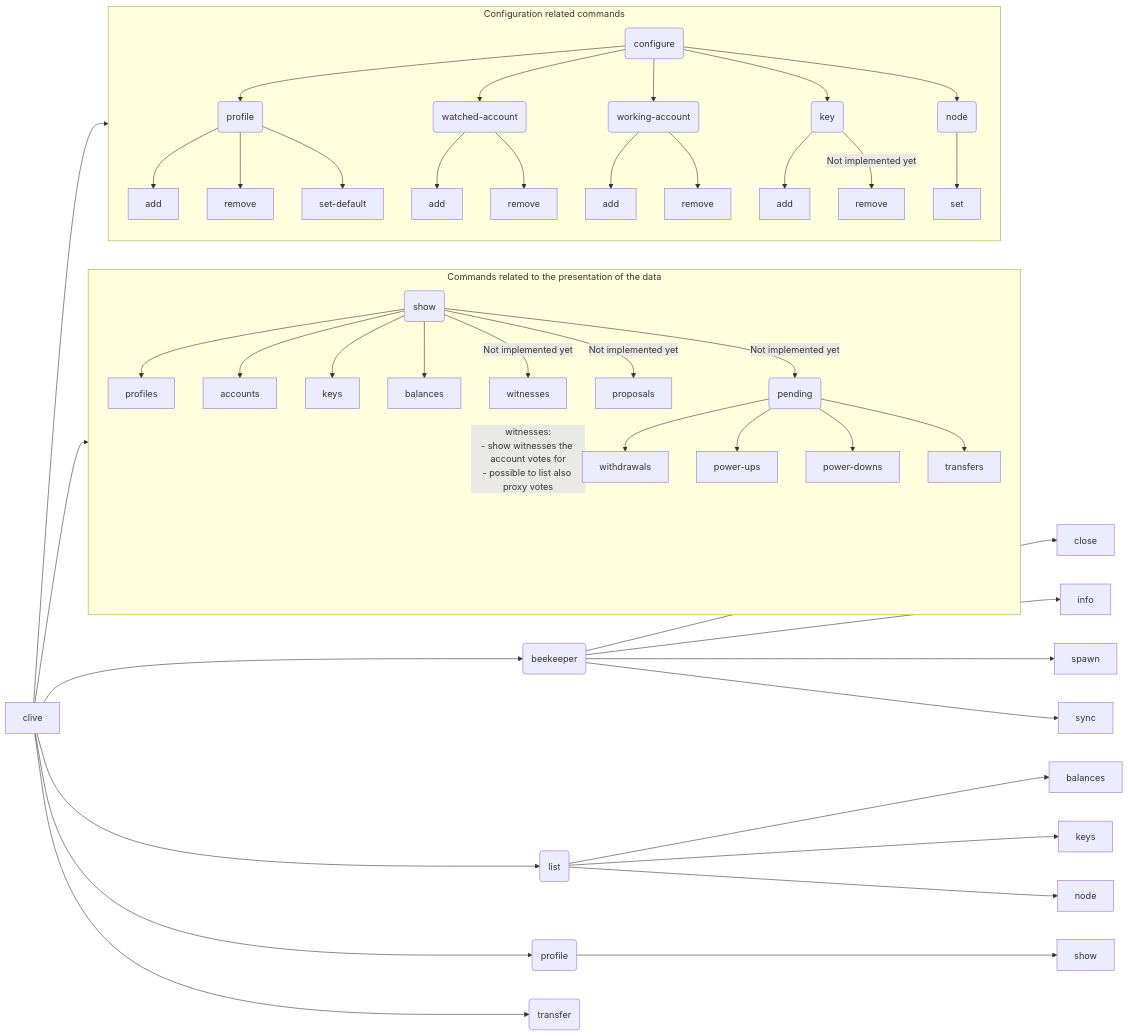
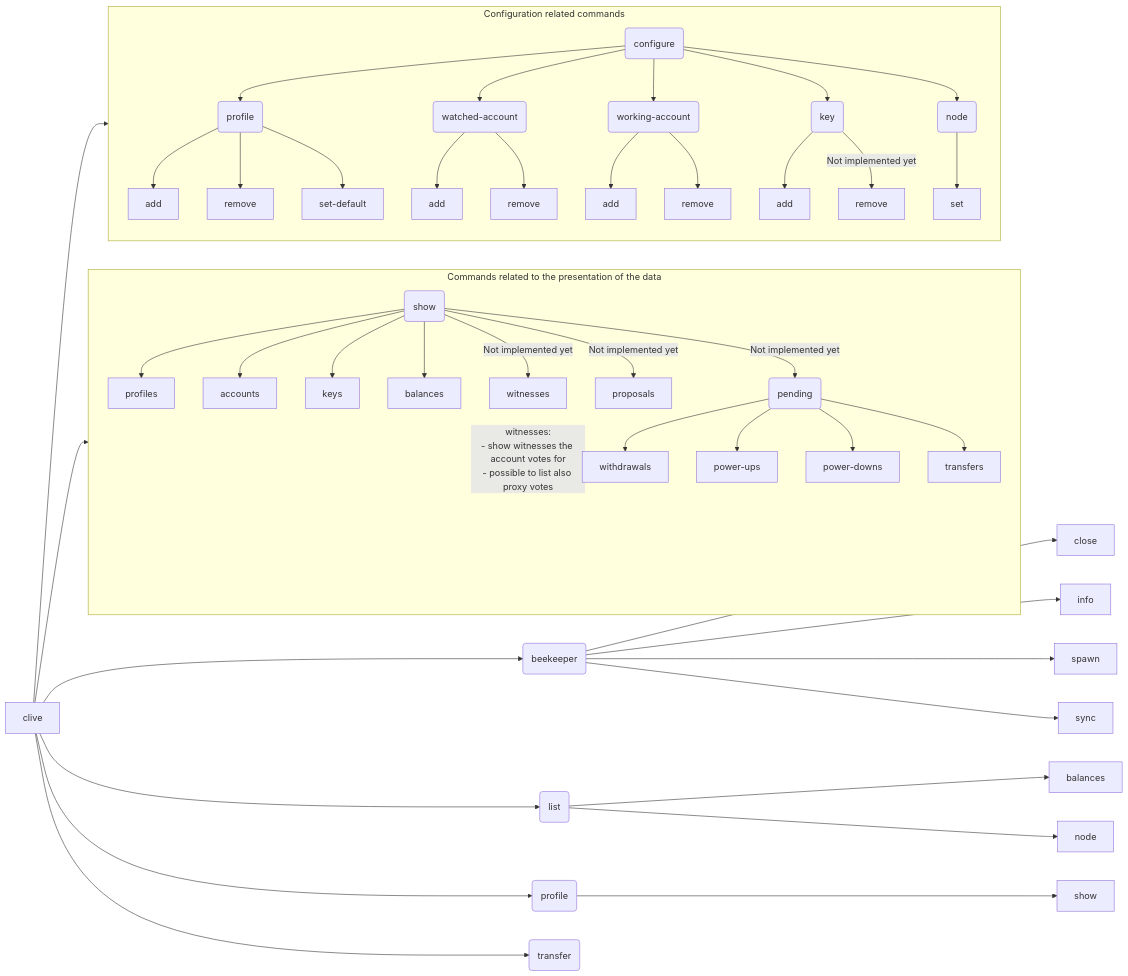
Before and after one commit to openhive-network/clive: the diagram in clive/__private/cli/commands_structure.md, drawn with Mermaid. The commit also changed 4 other files, not shown here.

````diff
--- a/clive/__private/cli/commands_structure.md
+++ b/clive/__private/cli/commands_structure.md
@@ -16,61 +16,60 @@
 ```mermaid
 flowchart LR
     Clive[clive] --> Configuration
     Clive --> Presentation
 
     subgraph Presentation[Commands related to the presentation of the data]
         Show(show) --> ShowProfiles[profiles]
 
         Show --> ShowAccounts[accounts]
 
         Show --> ShowKeys[keys]
 
         Show --> ShowBalances[balances]
 
         Show -->|"Not implemented yet"| ShowWitnesses[witnesses]
         ShowWitnesses ~~~|"witnesses:<br>- show witnesses the account votes for<br>- possible to list also proxy votes"| ShowWitnesses
 
         Show -->|"Not implemented yet"| ShowProposals[proposals]
 
         Show -->|"Not implemented yet"| ShowPending(pending)
         ShowPending --> ShowPendingTransferFromSavings[withdrawals]
         ShowPending --> ShowPendingPowerUps[power-ups]
         ShowPending --> ShowPendingPowerDowns[power-downs]
         ShowPending --> ShowPendingRecurrentTransfers[transfers]
     end
 
     subgraph Configuration[Configuration related commands]
         Configure(configure) --> ConfigureProfile(profile)
         ConfigureProfile --> CreateProfile[add]
         ConfigureProfile --> DeleteProfile[remove]
         ConfigureProfile --> SetDefaultProfile[set-default]
 
         Configure --> ConfigureWatchedAccount(watched-account)
         ConfigureWatchedAccount --> AddWatchedAccount[add]
         ConfigureWatchedAccount --> RemoveWatchedAccount[remove]
 
         Configure --> ConfigureWorkingAccount(working-account)
         ConfigureWorkingAccount --> AddWorkingAccount[add]
         ConfigureWorkingAccount --> RemoveWorkingAccount[remove]
 
         Configure --> ConfigureKey(key)
         ConfigureKey --> AddKey[add]
         ConfigureKey -->|"Not implemented yet"| RemoveKey[remove]
 
         Configure --> ConfigureNode(node)
         ConfigureNode --> SetNode[set]
     end
 
     Clive --> Beekeeper(beekeeper)
     Beekeeper --> BeekeeperClose[close]
     Beekeeper --> BeekeeperInfo[info]
     Beekeeper --> BeekeeperSpawn[spawn]
     Beekeeper --> BeekeeperSync[sync]
     Clive --> List(list)
     List --> ListBalances[balances]
-    List --> ListKeys[keys]
     List --> ListNode[node]
     Clive --> Profile(profile)
     Profile --> ProfileShow[show]
     Clive --> Transfer(transfer)
 ```
````
